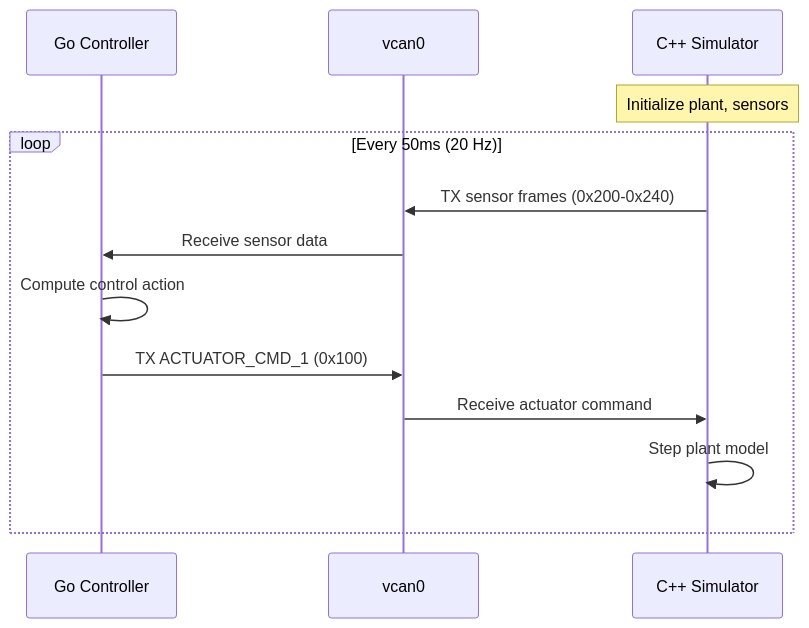
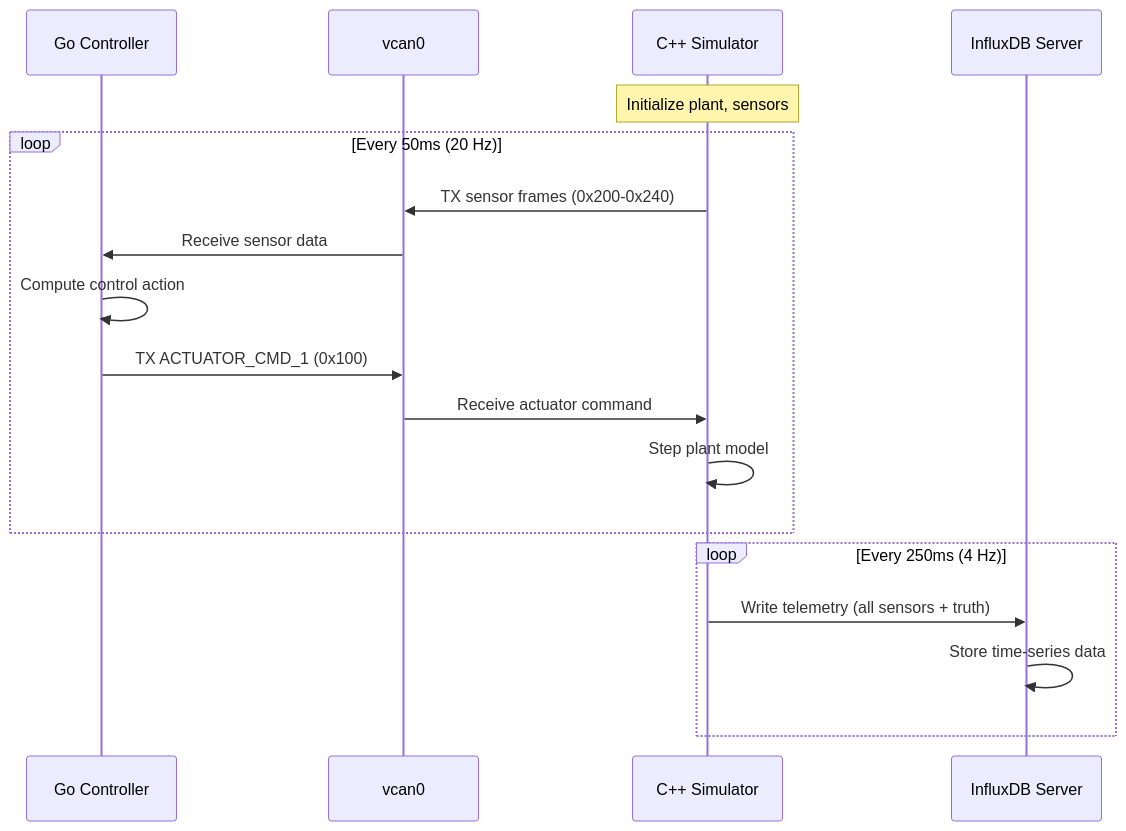
One commit to mtilocca/vehicle-Dynamics-Sim-Can changed the third of 3 diagrams in README.md. Above: the diagram before and after it, drawn with Mermaid. The commit also changed other lines of this file, not shown here.

````diff
--- a/README.md
+++ b/README.md
@@ -327,17 +497,23 @@
 ```mermaid
 sequenceDiagram
     participant Controller as Go Controller
     participant CAN as vcan0
     participant Sim as C++ Simulator
+    participant InfluxDB as InfluxDB Server
     
     Note over Sim: Initialize plant, sensors
     
     loop Every 50ms (20 Hz)
         Sim->>CAN: TX sensor frames (0x200-0x240)
         CAN->>Controller: Receive sensor data
         Controller->>Controller: Compute control action
         Controller->>CAN: TX ACTUATOR_CMD_1 (0x100)
         CAN->>Sim: Receive actuator command
         Sim->>Sim: Step plant model
     end
+    
+    loop Every 250ms (4 Hz)
+        Sim->>InfluxDB: Write telemetry (all sensors + truth)
+        InfluxDB->>InfluxDB: Store time-series data
+    end
 ```
````
